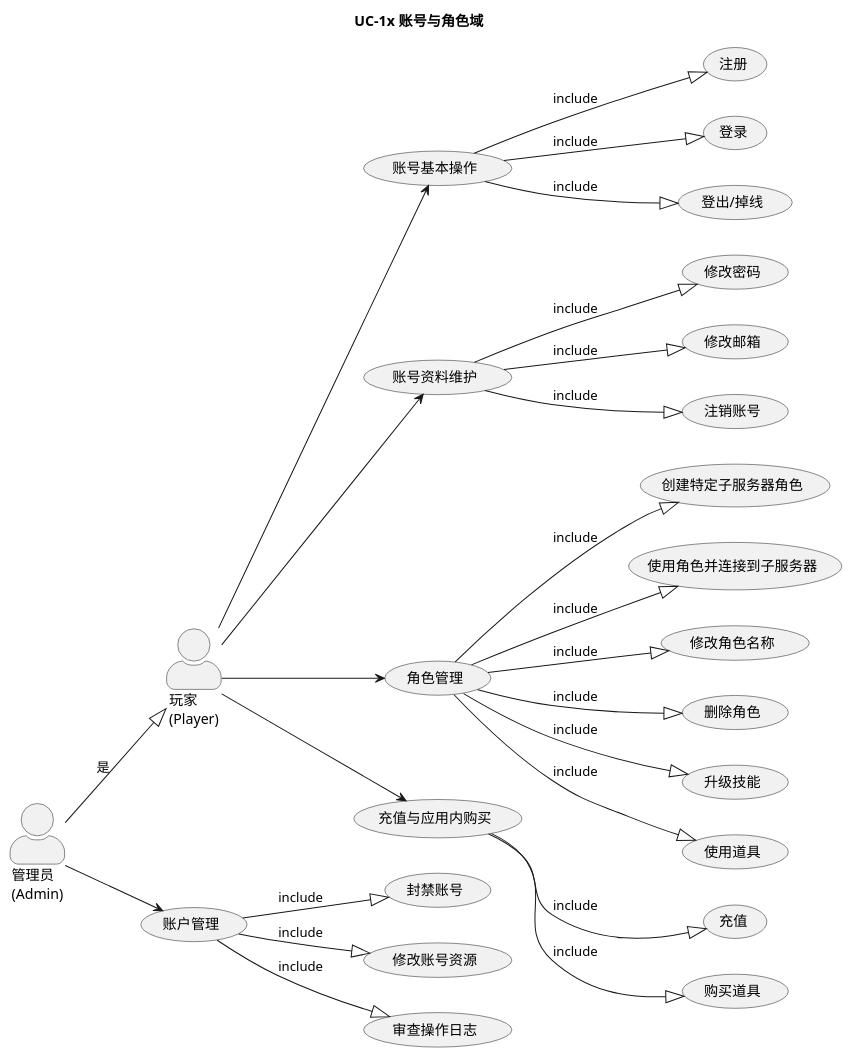
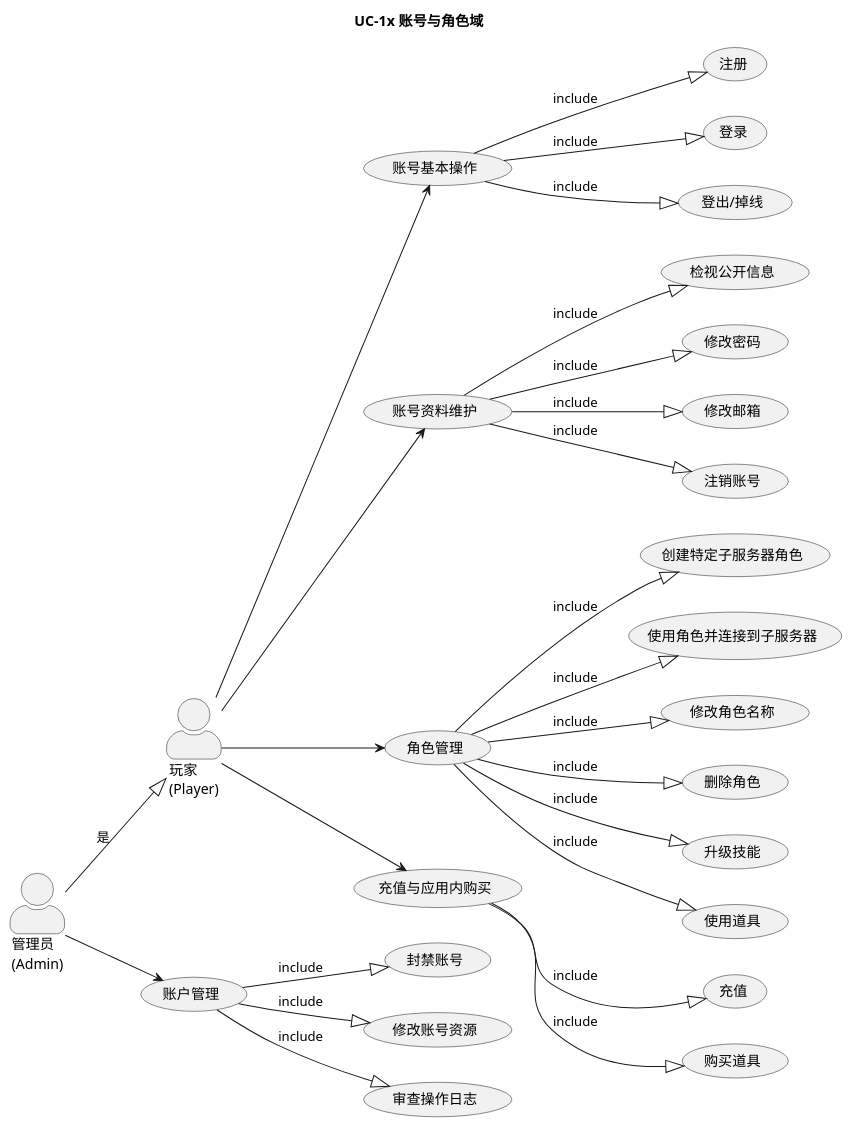
Before and after one commit to ClementLevi/GoFA-Remake: the diagram in docs/use_cases/UC01_account.pu, drawn with PlantUML. The commit also changed 3 other files, not shown here.

```diff
--- a/docs/use_cases/UC01_account.pu
+++ b/docs/use_cases/UC01_account.pu
@@ -1,50 +1,51 @@
 @startuml UC01_account
 title UC-1x 账号与角色域
 ' [APPROVED] 状态：审定
 ' 账号与角色域用例
 ' 事件来源：ENUMGoFAGameEvents.js PLAYER_* / ROLE_* 分组
 
 left to right direction
 skinparam packageStyle rectangle
 skinparam actorStyle awesome
 
 actor "玩家\n(Player)" as PL
 actor "管理员\n(Admin)" as AD
 
 usecase "账号基本操作" as U1 
     U1 --|> (注册) : include
     U1 --|> (登录) : include
     U1 --|> (登出/掉线) : include
 
 usecase "账号资料维护" as U2 
+    U2 --|> (检视公开信息) : include
     U2 --|> (修改密码) : include
     U2 --|> (修改邮箱) : include
     U2 --|> (注销账号) : include
 
 
 usecase "角色管理" as U3 
     U3 --|> (创建特定子服务器角色) : include
     U3 --|> (使用角色并连接到子服务器) : include
     U3 --|> (修改角色名称) : include
     U3 --|> (删除角色) : include
     U3 --|> (升级技能) : include
     U3 --|> (使用道具) : include
 
 usecase  "充值与应用内购买" as U4
     U4 --|> (充值) : include
     U4 --|> (购买道具) :include
 
 usecase "账户管理" as UA1 
     UA1 --|> (封禁账号) : include
     UA1 --|> (修改账号资源) : include
     UA1 --|> (审查操作日志) : include
 
 
 PL --> U1
 PL --> U2
 PL --> U3
 PL --> U4
 AD --> UA1
 AD -down-|> PL : 是
 
 @enduml
```
